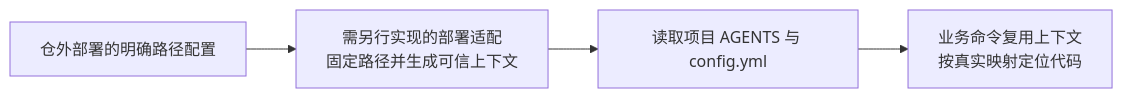
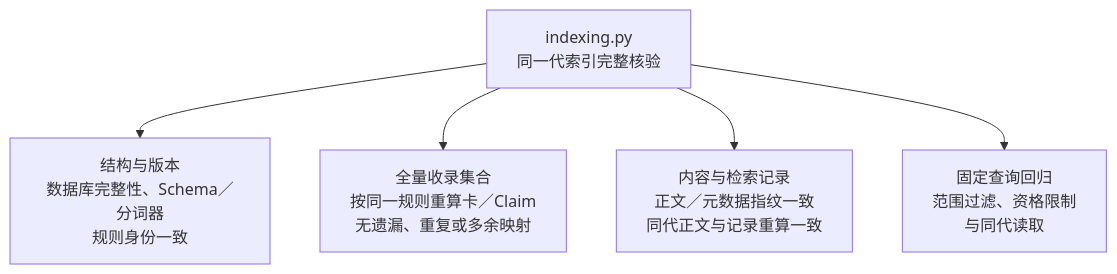
Diagram 23 of 25 in aiotbot-knowledge-wifi-mp/docs-llm-wiki/知识库详细设计.md (Robin-hhc/FactumCore), drawn with Mermaid before and after one commit. The commit also changed other lines of this file and 5 other files, not shown here.

Commit message:
docs: simplify knowledge design and add diagrams

````diff
--- a/aiotbot-knowledge-wifi-mp/docs-llm-wiki/知识库详细设计.md
+++ b/aiotbot-knowledge-wifi-mp/docs-llm-wiki/知识库详细设计.md
@@ -885,6 +811,7 @@
 ```mermaid
-flowchart LR
-    ENV["仓外部署的明确路径配置"] --> ADAPT["需另行实现的部署适配<br/>固定路径并生成可信上下文"]
-    ADAPT --> MAP["读取项目 AGENTS 与 config.yml"]
-    MAP --> USE["业务命令复用上下文<br/>按真实映射定位代码"]
+flowchart TD
+    INDEX["indexing.py<br/>同一代索引完整核验"] --> VERSION["结构与版本<br/>数据库完整性、Schema／分词器<br/>规则身份一致"]
+    INDEX --> SET["全量收录集合<br/>按同一规则重算卡／Claim<br/>无遗漏、重复或多余映射"]
+    INDEX --> CONTENT["内容与检索记录<br/>正文／元数据指纹一致<br/>同代正文与记录重算一致"]
+    INDEX --> QUERY["固定查询回归<br/>范围过滤、资格限制<br/>与同代读取"]
 ```
````
